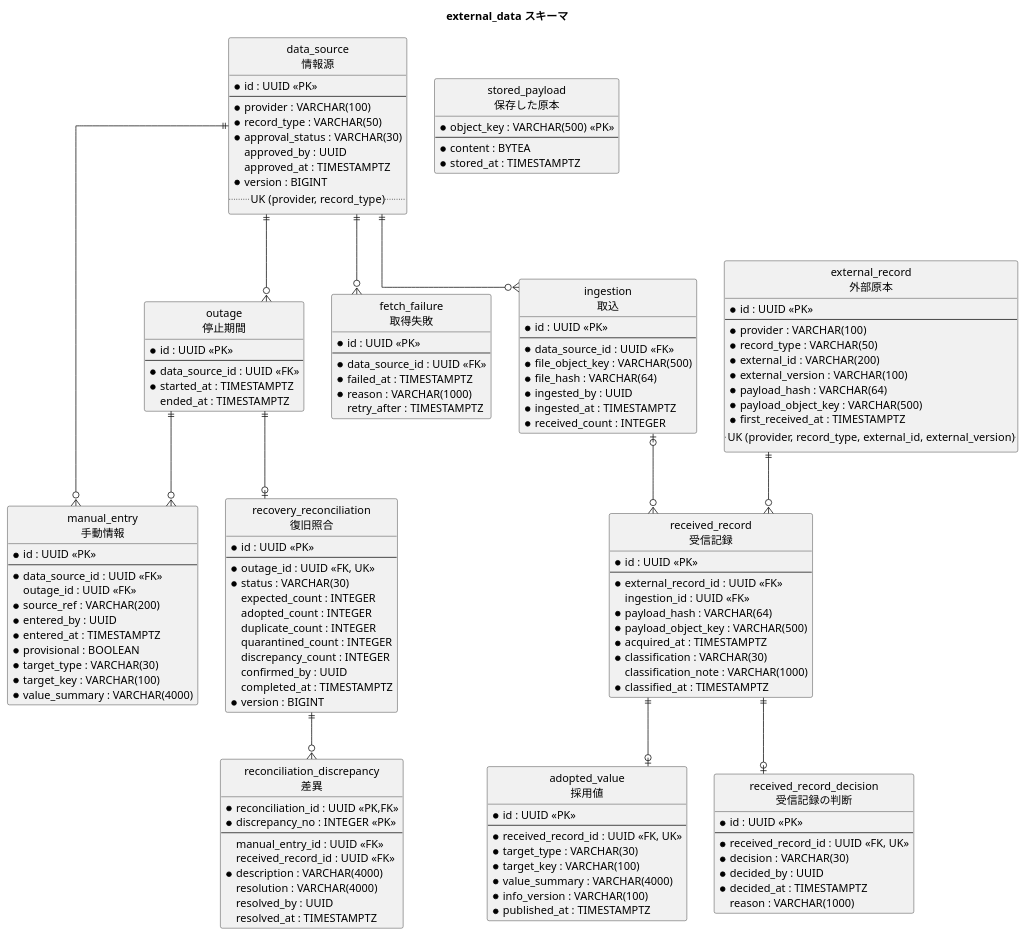
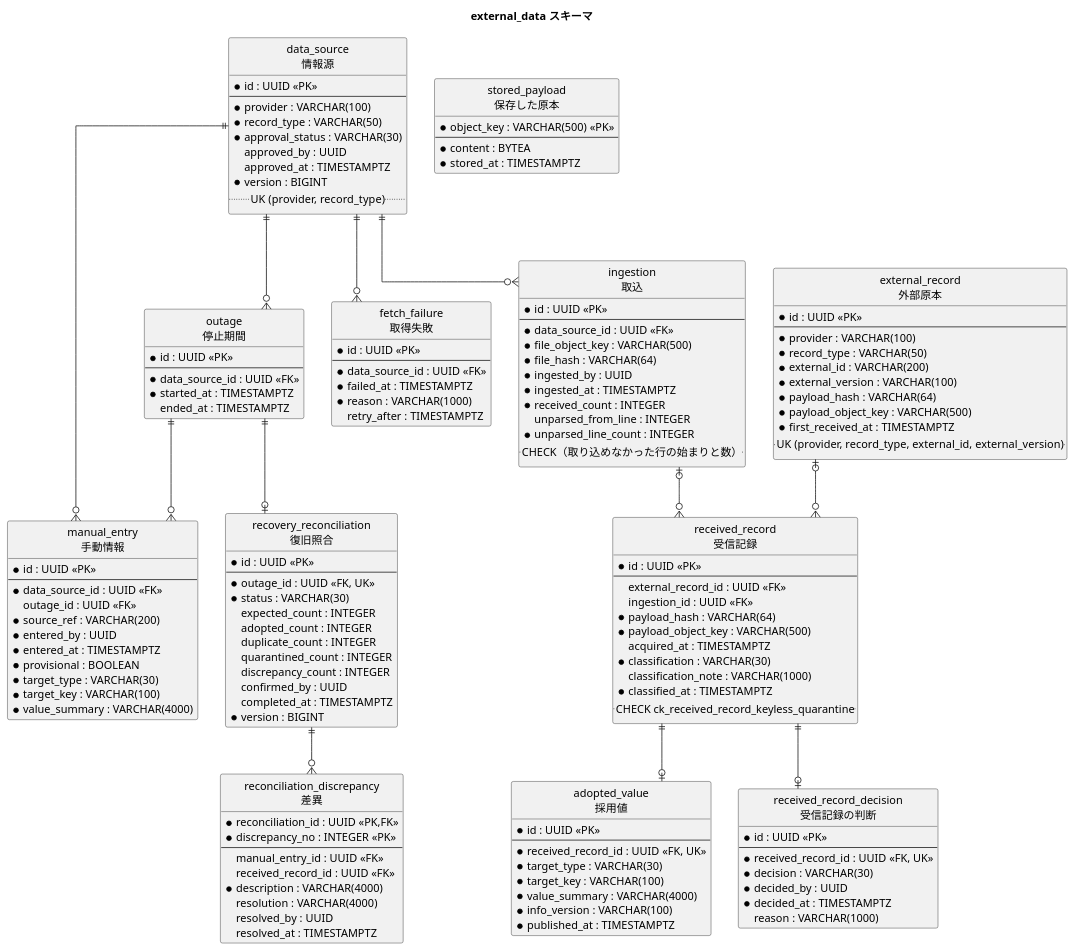
One commit to k2works/practical-domain-driven-design-in-enterpris-application changed the eighth of 8 diagrams in docs/design/cargo-tracker/data_model.md. Above: the diagram before and after it, drawn with PlantUML. The commit also changed other lines of this file and 11 other files, not shown here.

```diff
--- a/docs/design/cargo-tracker/data_model.md
+++ b/docs/design/cargo-tracker/data_model.md
@@ -1019,6 +1019,9 @@
   * ingested_by : UUID
   * ingested_at : TIMESTAMPTZ
   * received_count : INTEGER
+  unparsed_from_line : INTEGER
+  * unparsed_line_count : INTEGER
+  .. CHECK（取り込めなかった行の始まりと数）..
 }
 entity "external_record\n外部原本" as er {
   * id : UUID <<PK>>
@@ -1041,14 +1044,15 @@
 entity "received_record\n受信記録" as rc {
   * id : UUID <<PK>>
   --
-  * external_record_id : UUID <<FK>>
+  external_record_id : UUID <<FK>>
   ingestion_id : UUID <<FK>>
   * payload_hash : VARCHAR(64)
   * payload_object_key : VARCHAR(500)
-  * acquired_at : TIMESTAMPTZ
+  acquired_at : TIMESTAMPTZ
   * classification : VARCHAR(30)
   classification_note : VARCHAR(1000)
   * classified_at : TIMESTAMPTZ
+  .. CHECK ck_received_record_keyless_quarantine ..
 }
 entity "received_record_decision\n受信記録の判断" as rcd {
   * id : UUID <<PK>>
@@ -1124,7 +1128,7 @@
 }
 ds ||--o{ ing
 ing |o--o{ rc
-er ||--o{ rc
+er |o--o{ rc
 rc ||--o| rcd
 rc ||--o| av
 ds ||--o{ og
```
